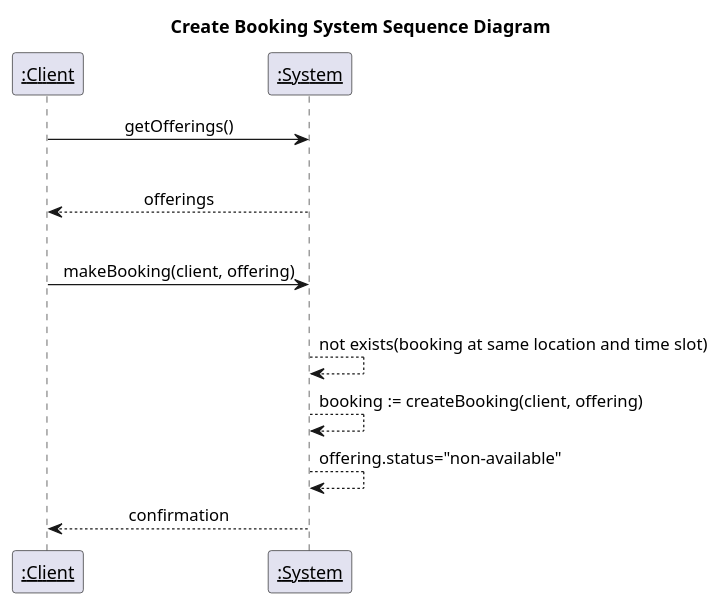
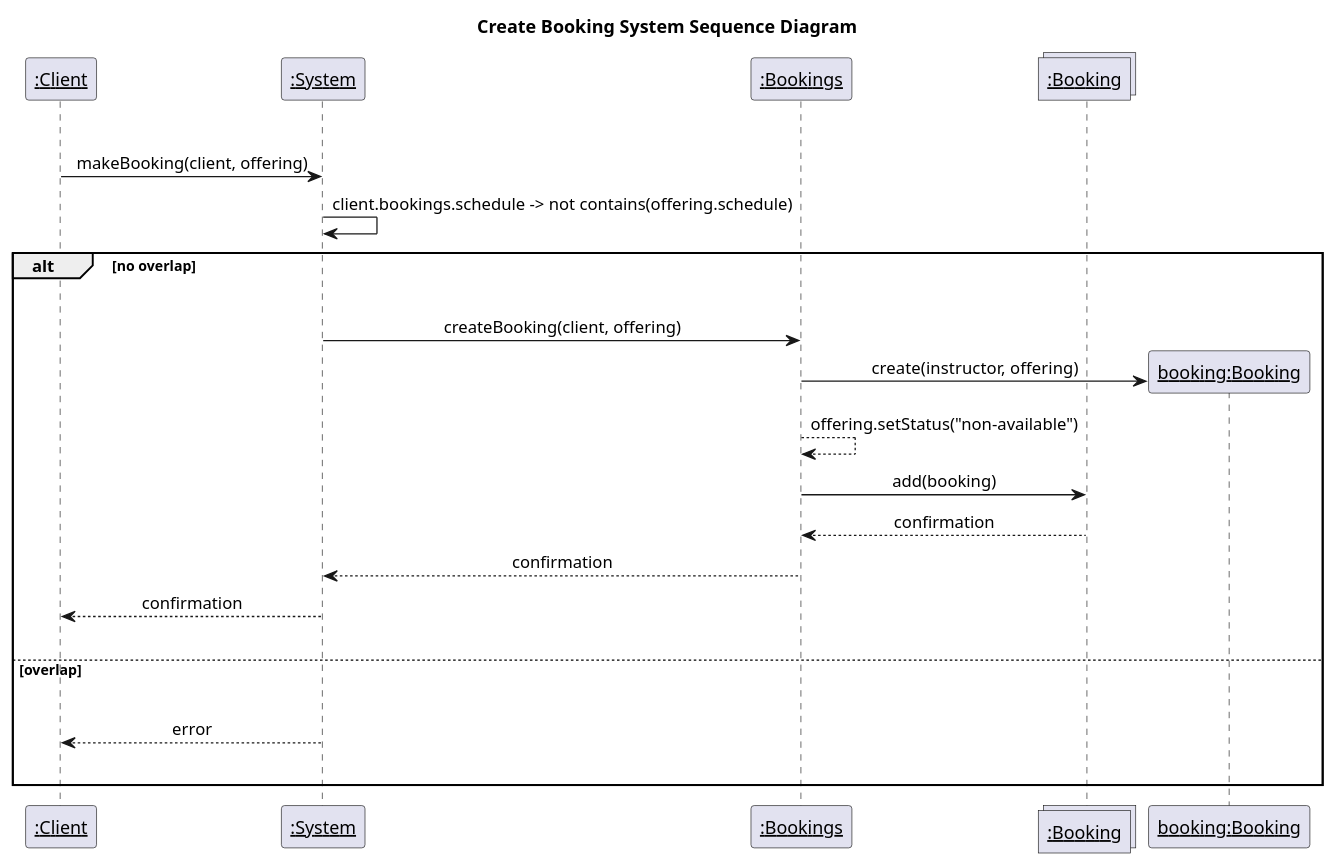
Before and after one commit to PrinceOfNothingg/Lesson-Booking-Management-System: the second of 3 diagrams in deliverables/2024-11-01/booking-system-sequence-diagram.md, drawn with PlantUML. The commit also changed other lines of this file and 16 other files, not shown here.

Commit message:
minor outout fix and diagram fixes

````diff
--- a/deliverables/2024-11-01/booking-system-sequence-diagram.md
+++ b/deliverables/2024-11-01/booking-system-sequence-diagram.md
@@ -44,21 +44,34 @@
 ``` plantuml
 @startuml
 participant "__:Client__" as actor
 participant "__:System__" as system
 
+participant "__:Bookings__" as bookings
+collections "__:Booking__" as bookingCollection
+participant "__booking:Booking__" as booking
+
 title Create Booking System Sequence Diagram
 skinparam sequenceMessageAlign center
 
-actor -> system : getOfferings()
-|||
-system --> actor : offerings
 |||
 actor -> system : makeBooking(client, offering)
+system -> system : client.bookings.schedule -> not contains(offering.schedule)
+
+alt no overlap
 |||
-system --> system : not exists(booking at same location and time slot)
+system -> bookings : createBooking(client, offering)
+bookings -> booking** : create(instructor, offering)
+bookings --> bookings : offering.setStatus("non-available")
+bookings -> bookingCollection : add(booking)
 
-system --> system : booking := createBooking(client, offering)
-system --> system : offering.status="non-available"
+bookingCollection --> bookings : confirmation
+bookings --> system : confirmation
 system --> actor : confirmation
+|||
+else overlap
+|||
+system --> actor : error
+|||
+end
 @enduml
 ```
````
